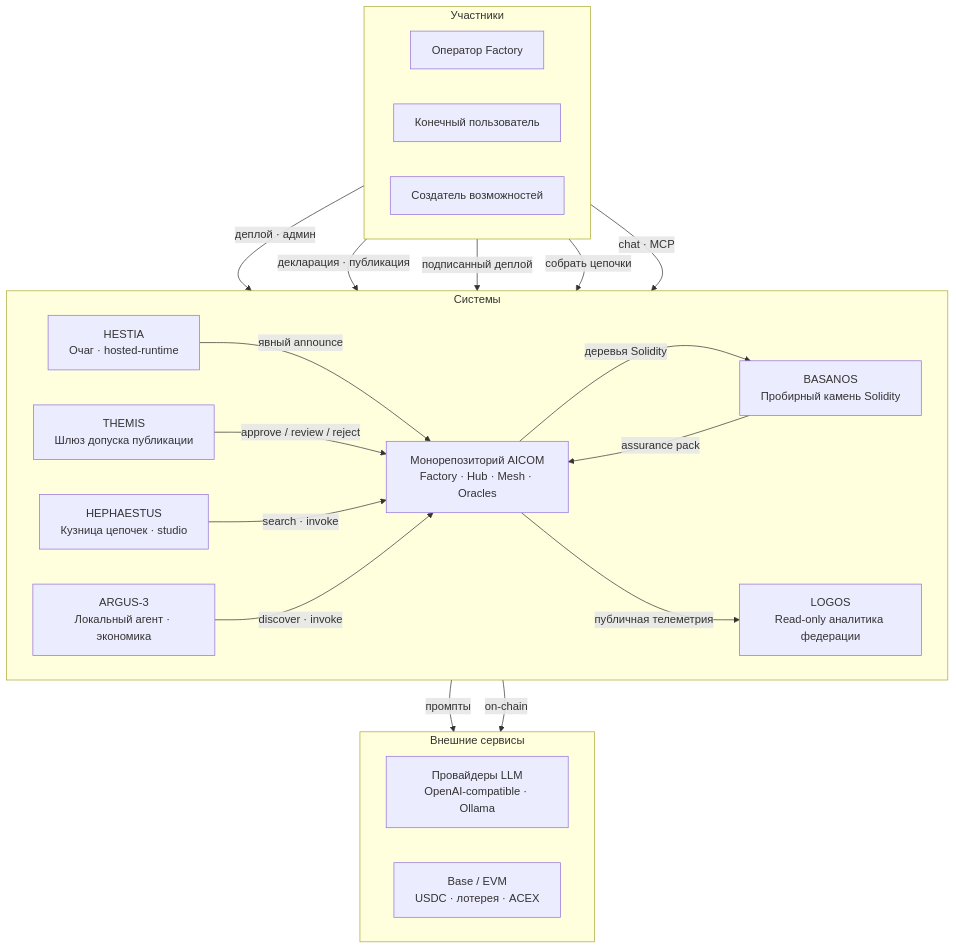
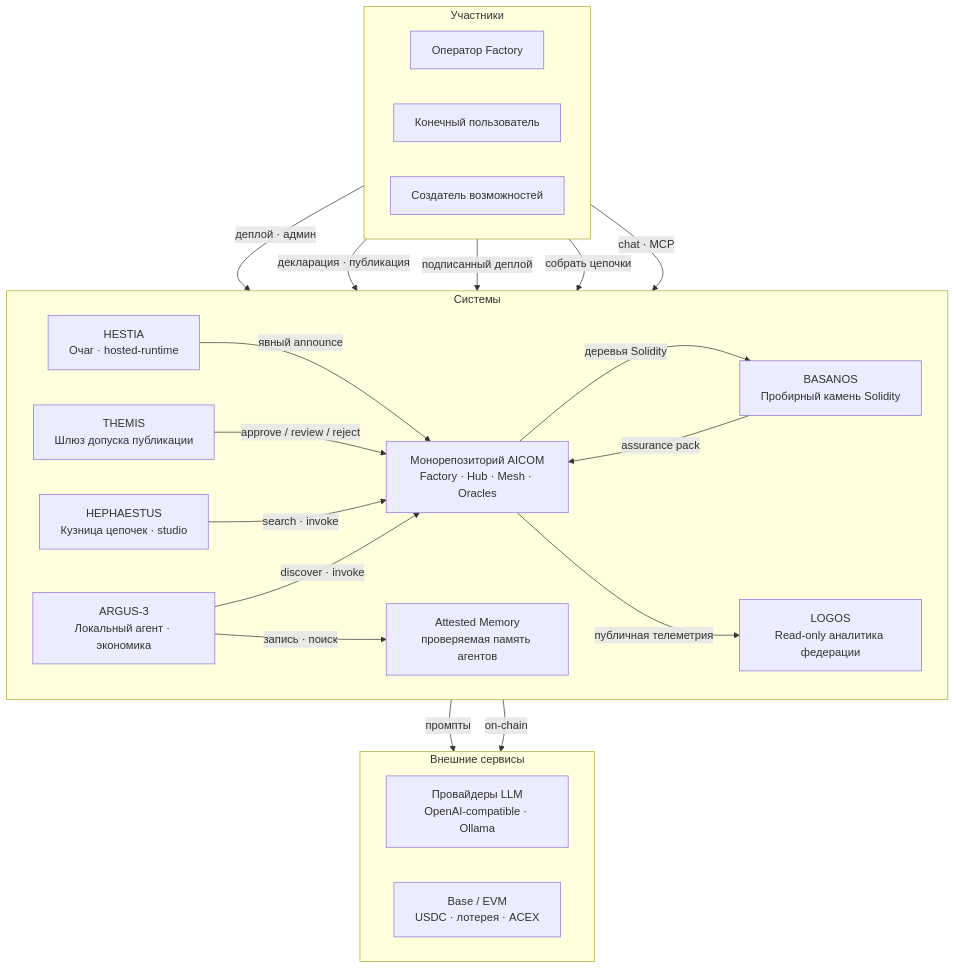
One commit to alexar76/aicom changed the second of 5 diagrams in docs/ecosystem/whitepaper/ru.md. Above: the diagram before and after it, drawn with Mermaid. The commit also changed other lines of this file and 99 other files, not shown here.

````diff
--- a/docs/ecosystem/whitepaper/ru.md
+++ b/docs/ecosystem/whitepaper/ru.md
@@ -144,41 +147,43 @@
 ```mermaid
 flowchart TB
   subgraph actors["Участники"]
     direction LR
     operator["Оператор Factory"]
     enduser["Конечный пользователь"]
     builder["Создатель возможностей"]
   end
 
   subgraph systems["Системы"]
     direction LR
     aicom["Монорепозиторий AICOM<br/>Factory · Hub · Mesh · Oracles"]
     themis["THEMIS<br/>Шлюз допуска публикации"]
     hestia["HESTIA<br/>Очаг · hosted-runtime"]
     basanos["BASANOS<br/>Пробирный камень Solidity"]
     hephaestus["HEPHAESTUS<br/>Кузница цепочек · studio"]
     logos["LOGOS<br/>Read-only аналитика федерации"]
     argus["ARGUS-3<br/>Локальный агент · экономика"]
+    memory["Attested Memory<br/>проверяемая память агентов"]
   end
 
   subgraph external["Внешние сервисы"]
     direction LR
     llm["Провайдеры LLM<br/>OpenAI-compatible · Ollama"]
     chain["Base / EVM<br/>USDC · лотерея · ACEX"]
   end
 
   operator -->|деплой · админ| aicom
   builder -->|декларация · публикация| themis
   builder -->|подписанный деплой| hestia
   hestia -->|явный announce| aicom
   themis -->|"approve / review / reject"| aicom
   enduser -->|собрать цепочки| hephaestus
   hephaestus -->|search · invoke| aicom
   aicom -->|деревья Solidity| basanos
   basanos -->|assurance pack| aicom
   enduser -->|chat · MCP| argus
   argus -->|discover · invoke| aicom
+  argus -->|запись · поиск| memory
   aicom -->|публичная телеметрия| logos
   aicom -->|промпты| llm
   aicom -->|on-chain| chain
 ```
````
